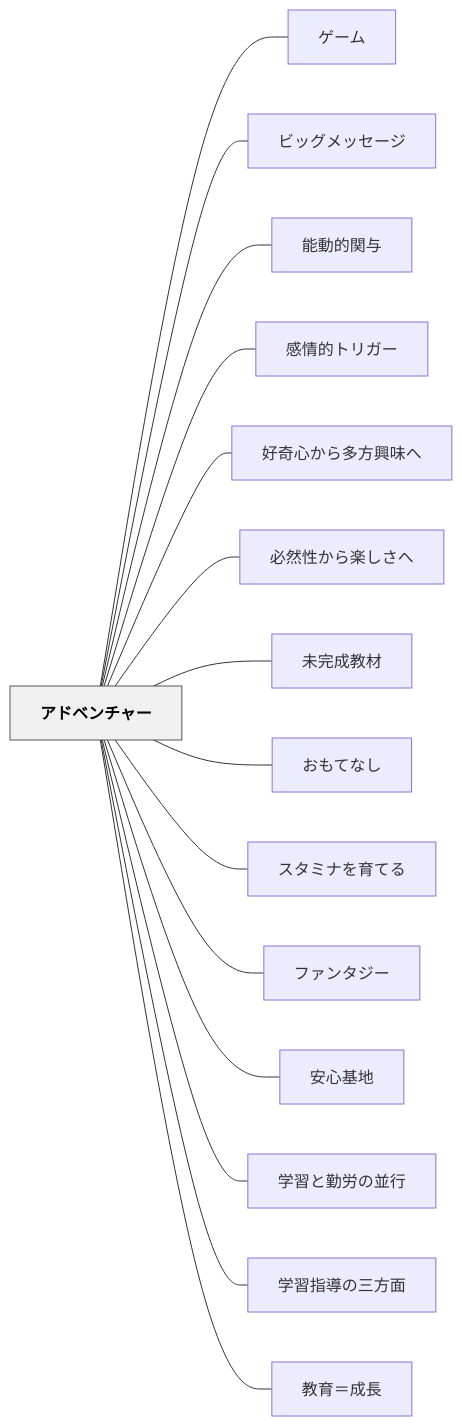
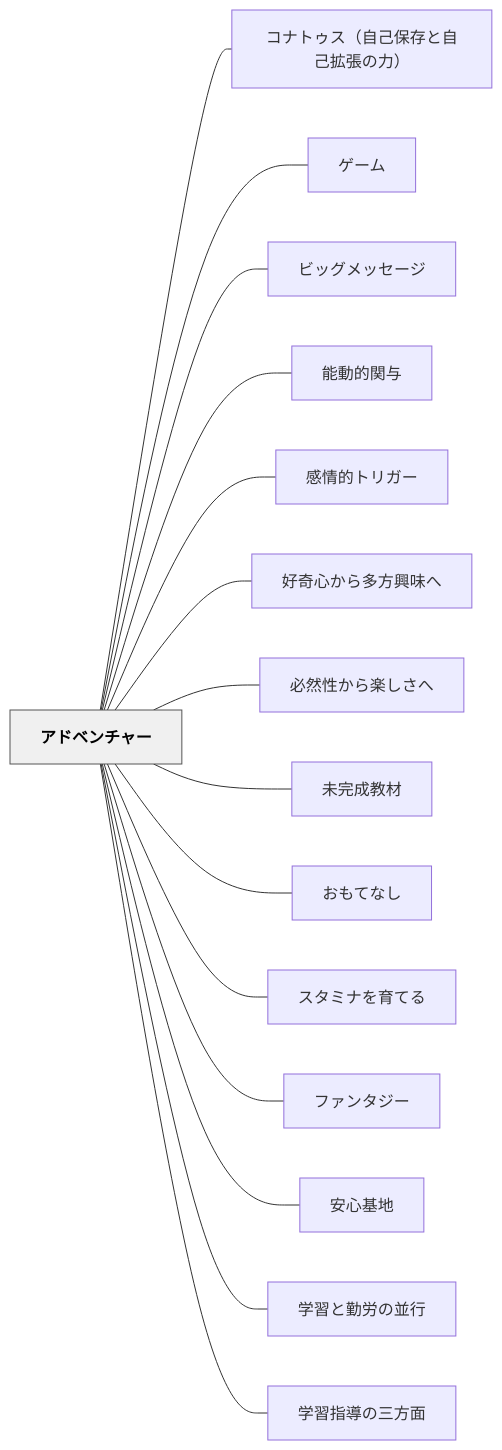
Before and after one commit to unknownthings-ed-patterns/unknownthings-ed-patterns: the diagram in content/パタン/アドベンチャー.md, drawn with Mermaid. The commit also changed other lines of this file and 185 other files, not shown here.

````diff
--- a/content/パタン/アドベンチャー.md
+++ b/content/パタン/アドベンチャー.md
@@ -359,36 +360,36 @@
 ```mermaid
 flowchart LR
     ne382a2e38389e38399e383b3e38381e383a3e383bc["アドベンチャー"]
+    ne382b3e3838ae38388e382a5e382b9efbc88e887aae5b7b1e4bf9de5ad98e381a8e887aae5b7b1e68ba1e5bcb5e381aee58a9befbc89["コナトゥス（自己保存と自己拡張の力）"]
     ne382b2e383bce383a0["ゲーム"]
     ne38393e38383e382b0e383a1e38383e382bbe383bce382b8["ビッグメッセージ"]
     ne883bde58b95e79a84e996a2e4b88e["能動的関与"]
     ne6849fe68385e79a84e38388e383aae382ace383bc["感情的トリガー"]
     ne5a5bde5a587e5bf83e3818be38289e5a49ae696b9e88888e591b3e381b8["好奇心から多方興味へ"]
     ne5bf85e784b6e680a7e3818be38289e6a5bde38197e38195e381b8["必然性から楽しさへ"]
     ne69caae5ae8ce68890e69599e69d90["未完成教材"]
     ne3818ae38282e381a6e381aae38197["おもてなし"]
     ne382b9e382bfe3839fe3838ae38292e882b2e381a6e3828b["スタミナを育てる"]
     ne38395e382a1e383b3e382bfe382b8e383bc["ファンタジー"]
     ne5ae89e5bf83e59fbae59cb0["安心基地"]
     ne5ada6e7bf92e381a8e58ba4e58ab4e381aee4b8a6e8a18c["学習と勤労の並行"]
     ne5ada6e7bf92e68c87e5b08ee381aee4b889e696b9e99da2["学習指導の三方面"]
-    ne69599e882b2efbc9de68890e995b7["教育＝成長"]
 
+    ne382a2e38389e38399e383b3e38381e383a3e383bc --- ne382b3e3838ae38388e382a5e382b9efbc88e887aae5b7b1e4bf9de5ad98e381a8e887aae5b7b1e68ba1e5bcb5e381aee58a9befbc89
     ne382a2e38389e38399e383b3e38381e383a3e383bc --- ne382b2e383bce383a0
     ne382a2e38389e38399e383b3e38381e383a3e383bc --- ne38393e38383e382b0e383a1e38383e382bbe383bce382b8
     ne382a2e38389e38399e383b3e38381e383a3e383bc --- ne883bde58b95e79a84e996a2e4b88e
     ne382a2e38389e38399e383b3e38381e383a3e383bc --- ne6849fe68385e79a84e38388e383aae382ace383bc
     ne382a2e38389e38399e383b3e38381e383a3e383bc --- ne5a5bde5a587e5bf83e3818be38289e5a49ae696b9e88888e591b3e381b8
     ne382a2e38389e38399e383b3e38381e383a3e383bc --- ne5bf85e784b6e680a7e3818be38289e6a5bde38197e38195e381b8
     ne382a2e38389e38399e383b3e38381e383a3e383bc --- ne69caae5ae8ce68890e69599e69d90
     ne382a2e38389e38399e383b3e38381e383a3e383bc --- ne3818ae38282e381a6e381aae38197
     ne382a2e38389e38399e383b3e38381e383a3e383bc --- ne382b9e382bfe3839fe3838ae38292e882b2e381a6e3828b
     ne382a2e38389e38399e383b3e38381e383a3e383bc --- ne38395e382a1e383b3e382bfe382b8e383bc
     ne382a2e38389e38399e383b3e38381e383a3e383bc --- ne5ae89e5bf83e59fbae59cb0
     ne382a2e38389e38399e383b3e38381e383a3e383bc --- ne5ada6e7bf92e381a8e58ba4e58ab4e381aee4b8a6e8a18c
     ne382a2e38389e38399e383b3e38381e383a3e383bc --- ne5ada6e7bf92e68c87e5b08ee381aee4b889e696b9e99da2
-    ne382a2e38389e38399e383b3e38381e383a3e383bc --- ne69599e882b2efbc9de68890e995b7
 
     classDef hub fill:#f0f0f0,stroke:#555,color:#000,font-weight:bold
     class ne382a2e38389e38399e383b3e38381e383a3e383bc hub
 ```
````
